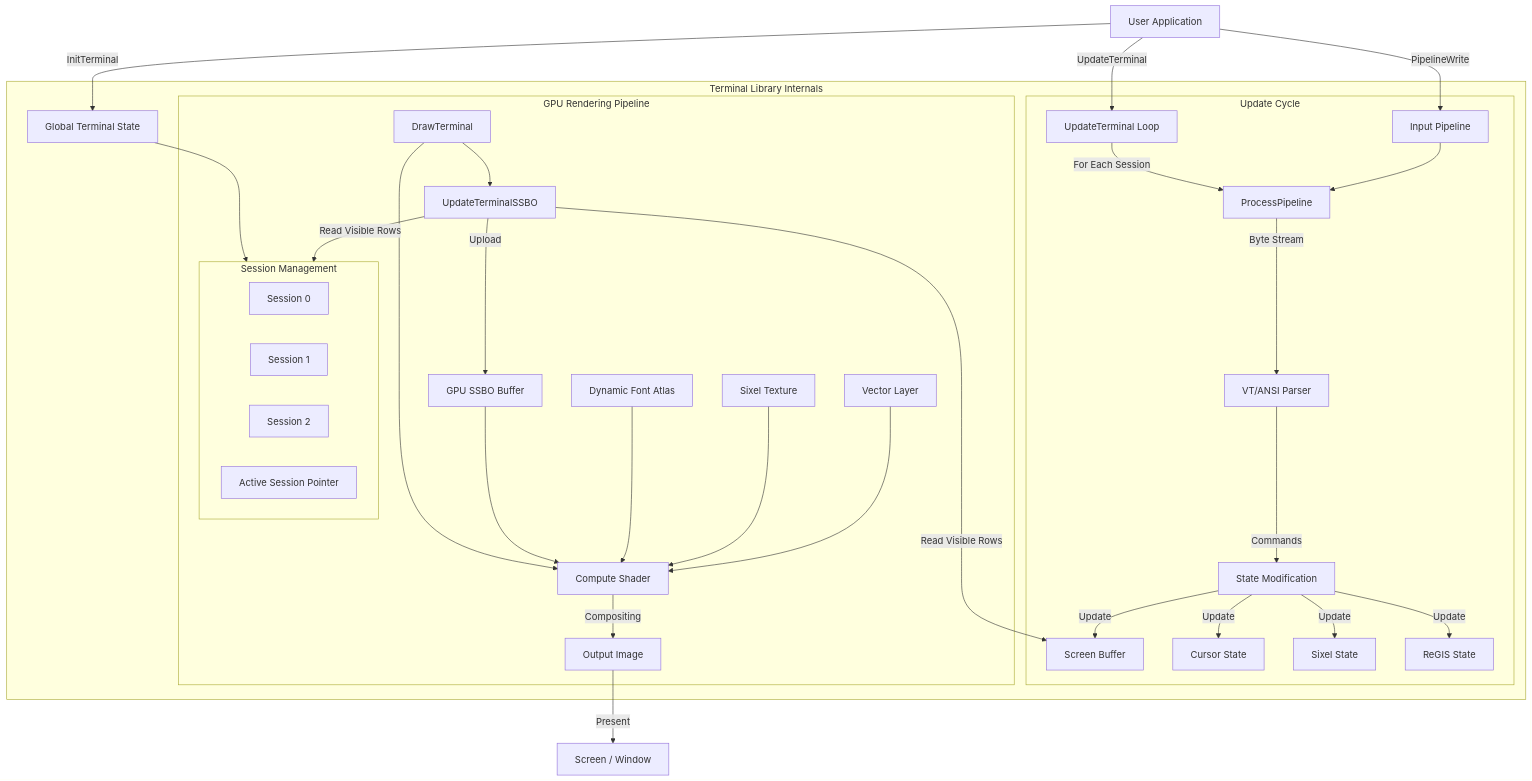
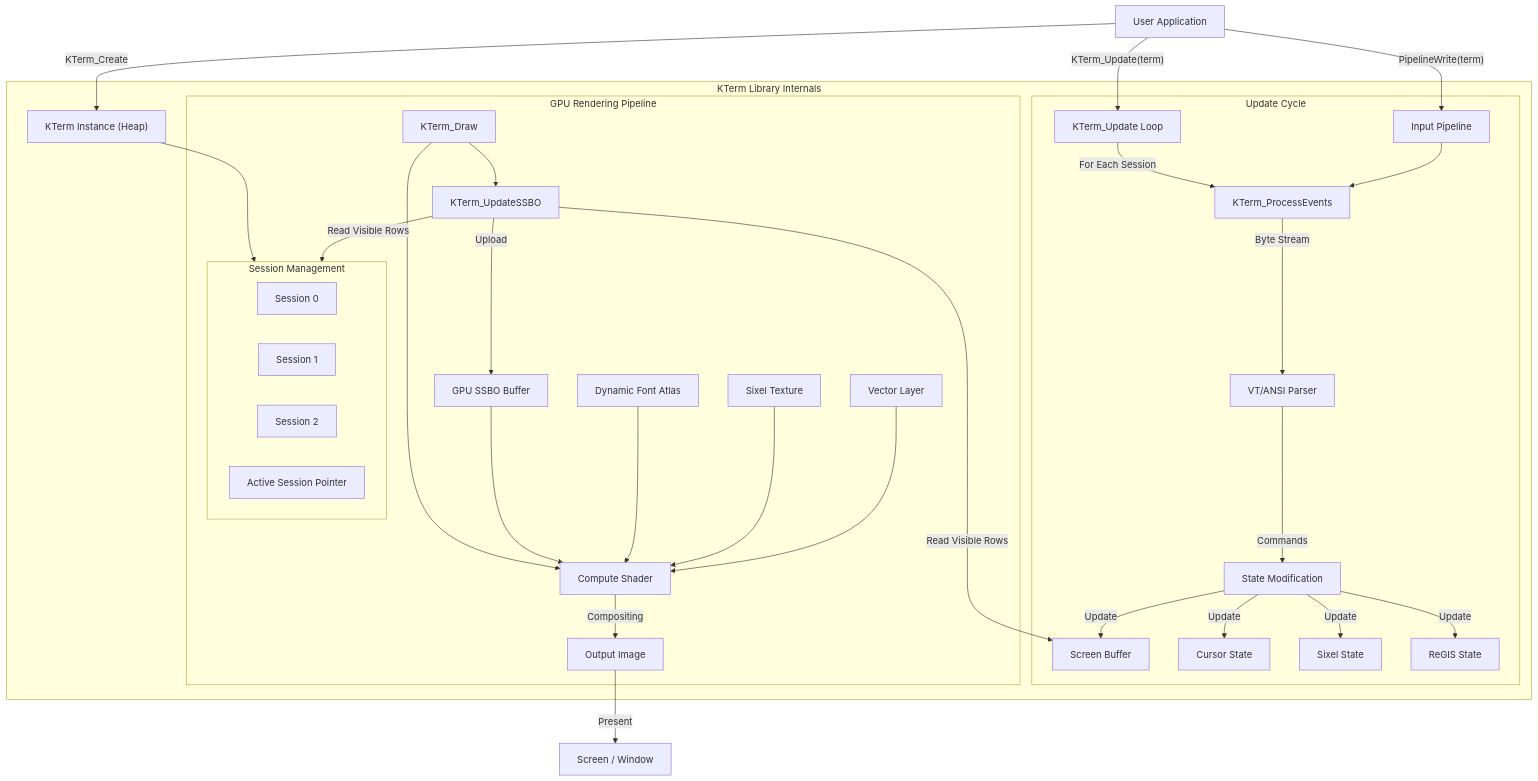
The diagram in README.md (jmorel33/terminal), drawn with Mermaid before and after one commit. The commit also changed other lines of this file and 14 other files, not shown here.

First line of the commit message:
Rebrand terminal.h to K-Term (kterm.h)

````diff
--- a/README.md
+++ b/README.md
@@ -80,56 +80,56 @@
 ```mermaid
 graph TD
-    UserApp["User Application"] -->|"InitTerminal"| GlobalState
-    UserApp -->|"UpdateTerminal"| UpdateLoop
-    UserApp -->|"PipelineWrite"| InputBuffer
+    UserApp["User Application"] -->|"KTerm_Create"| TerminalInstance
+    UserApp -->|"KTerm_Update(term)"| UpdateLoop
+    UserApp -->|"PipelineWrite(term)"| InputBuffer
 
-    subgraph Terminal_Internals ["Terminal Library Internals"]
-        GlobalState["Global Terminal State"]
+    subgraph Terminal_Internals ["KTerm Library Internals"]
+        TerminalInstance["KTerm Instance (Heap)"]
 
         subgraph Sessions ["Session Management"]
             Session0["Session 0"]
             Session1["Session 1"]
             Session2["Session 2"]
             ActiveSession["Active Session Pointer"]
         end
 
-        GlobalState --> Sessions
+        TerminalInstance --> Sessions
 
         subgraph Update_Cycle ["Update Cycle"]
-            UpdateLoop["UpdateTerminal Loop"]
-            InputProc["ProcessPipeline"]
+            UpdateLoop["KTerm_Update Loop"]
+            InputProc["KTerm_ProcessEvents"]
             Parser["VT/ANSI Parser"]
             StateMod["State Modification"]
 
             UpdateLoop -->|"For Each Session"| InputProc
             InputBuffer["Input Pipeline"] --> InputProc
             InputProc -->|"Byte Stream"| Parser
             Parser -->|"Commands"| StateMod
             StateMod -->|"Update"| ScreenGrid["Screen Buffer"]
             StateMod -->|"Update"| Cursor["Cursor State"]
             StateMod -->|"Update"| Sixel["Sixel State"]
             StateMod -->|"Update"| ReGIS["ReGIS State"]
         end
 
         subgraph Rendering_Pipeline ["GPU Rendering Pipeline"]
-            DrawCall["DrawTerminal"]
-            SSBO_Upload["UpdateTerminalSSBO"]
+            DrawCall["KTerm_Draw"]
+            SSBO_Upload["KTerm_UpdateSSBO"]
             Compute["Compute Shader"]
 
             DrawCall --> SSBO_Upload
             SSBO_Upload -->|"Read Visible Rows"| ScreenGrid
             SSBO_Upload -->|"Read Visible Rows"| Sessions
             SSBO_Upload -->|"Upload"| GPU_SSBO["GPU SSBO Buffer"]
 
             DrawCall --> Compute
             GPU_SSBO --> Compute
             FontTex["Dynamic Font Atlas"] --> Compute
             SixelTex["Sixel Texture"] --> Compute
             VectorTex["Vector Layer"] --> Compute
 
             Compute -->|"Compositing"| OutputImage["Output Image"]
         end
     end
 
     OutputImage -->|"Present"| Screen["Screen / Window"]
 ```
````
